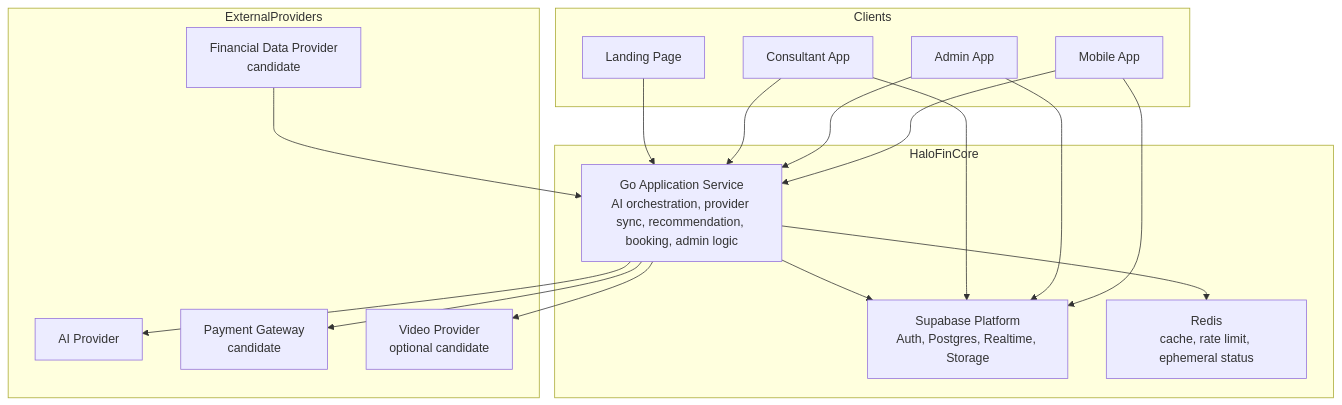
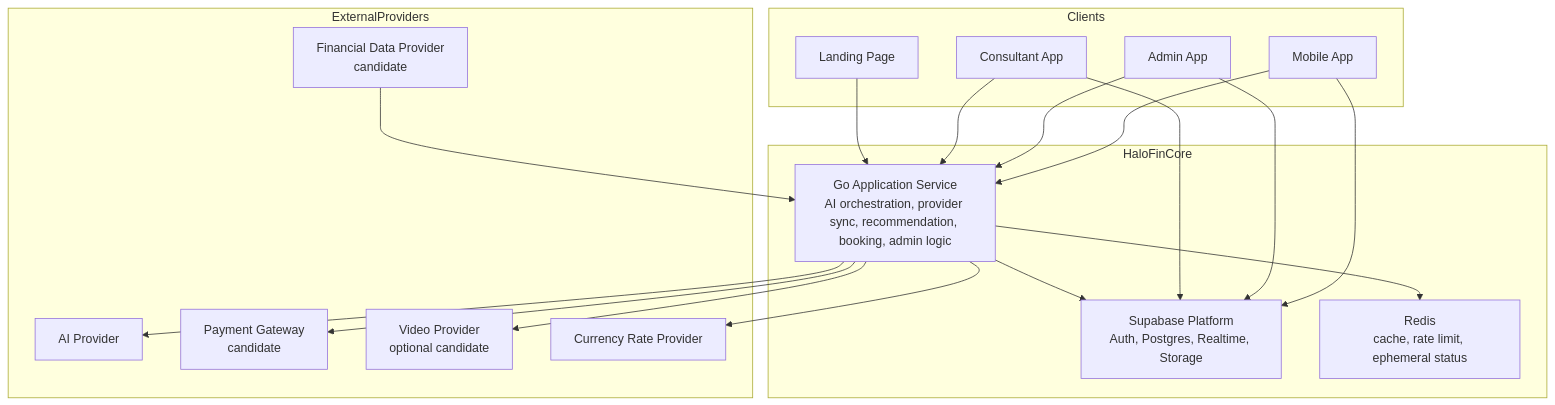
The first of 15 diagrams in docs/tech/Architecture.md (RioSudrajat/Halofin), drawn with Mermaid before and after one commit. The commit also changed other lines of this file and 19 other files, not shown here.

````diff
--- a/docs/tech/Architecture.md
+++ b/docs/tech/Architecture.md
@@ -41,37 +44,39 @@
 ```mermaid
 graph TD
     subgraph Clients
         Mobile["Mobile App"]
         Admin["Admin App"]
         Consultant["Consultant App"]
         Landing["Landing Page"]
     end
 
     subgraph HaloFinCore
         Supabase["Supabase Platform\nAuth, Postgres, Realtime, Storage"]
         API["Go Application Service\nAI orchestration, provider sync, recommendation, booking, admin logic"]
         Redis["Redis\ncache, rate limit, ephemeral status"]
     end
 
     subgraph ExternalProviders
         Finance["Financial Data Provider\ncandidate"]
         AI["AI Provider"]
         Payment["Payment Gateway\ncandidate"]
         Meeting["Video Provider\noptional candidate"]
+        Currency["Currency Rate Provider"]
     end
 
     Mobile --> Supabase
     Mobile --> API
     Admin --> Supabase
     Admin --> API
     Consultant --> Supabase
     Consultant --> API
     Landing --> API
 
     Finance --> API
     API --> AI
     API --> Payment
     API --> Meeting
+    API --> Currency
     API --> Supabase
     API --> Redis
 ```
````
